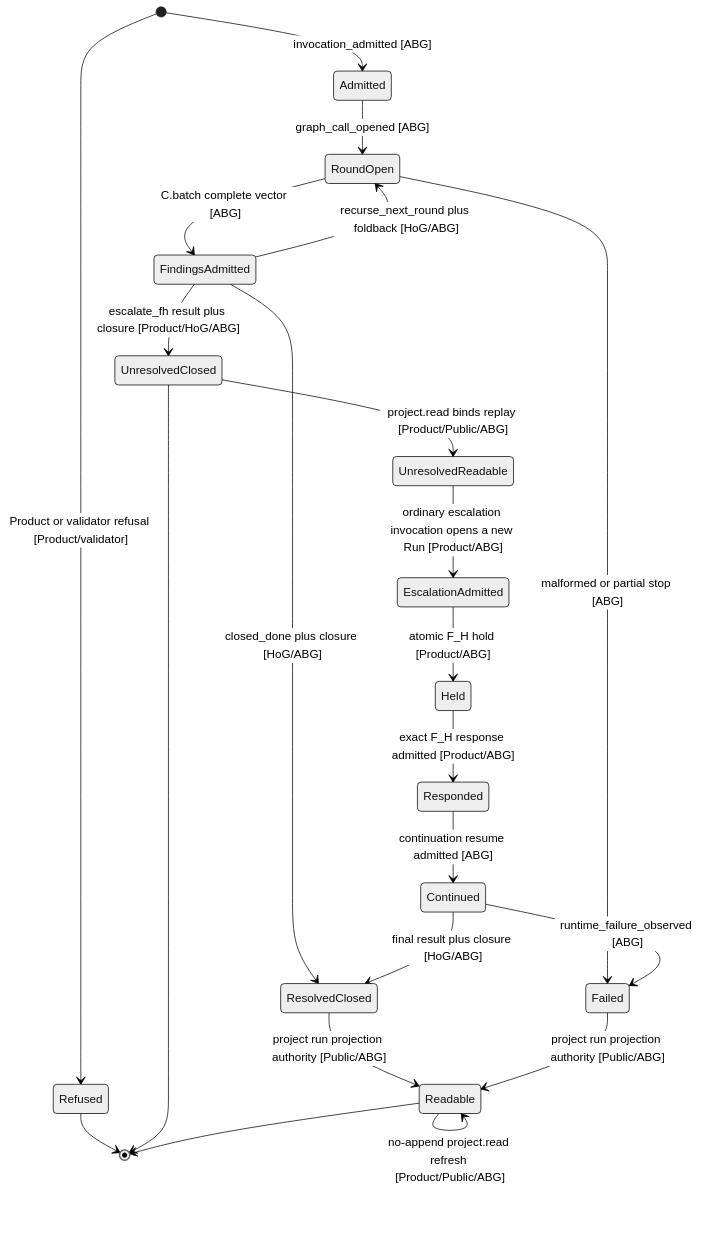
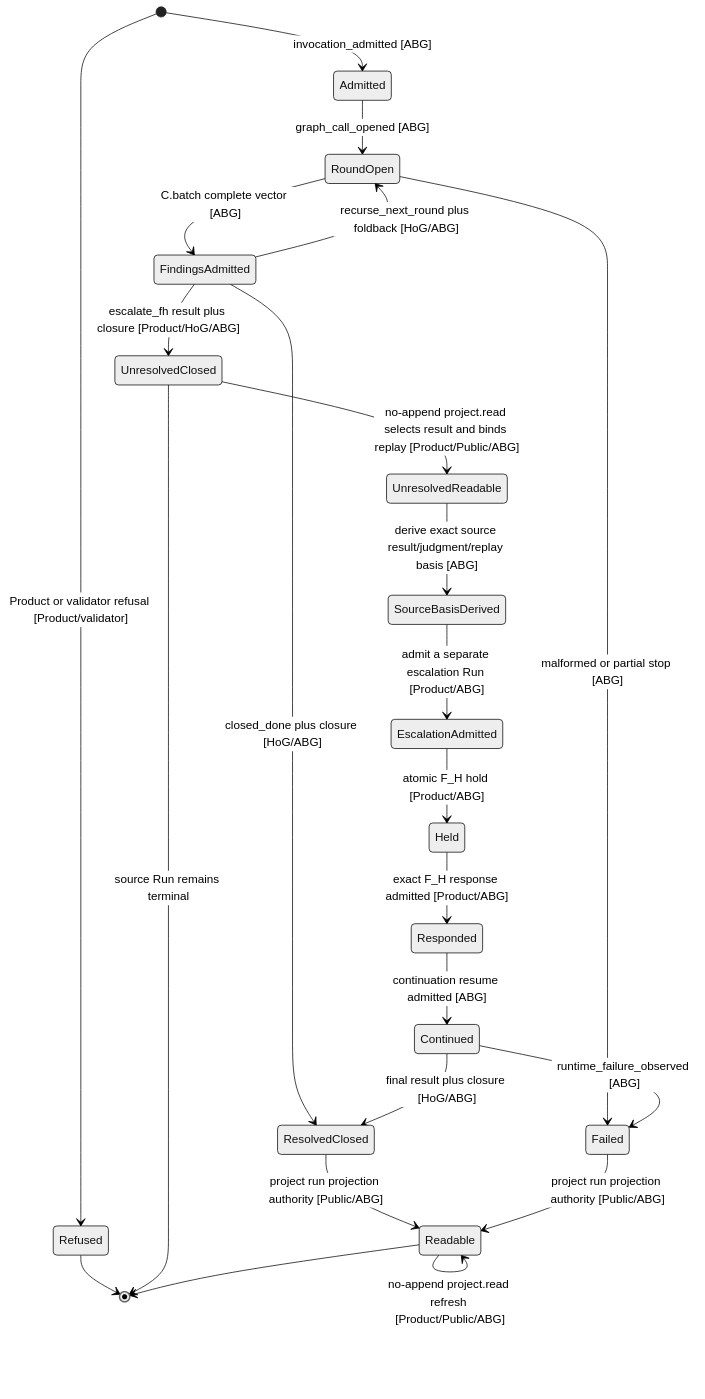
The tenth of 10 diagrams in build_tenants/abiogenesis/typescript/design/M05_DIRECT_GTL_TRAVERSAL_EXPANSION_DESIGN.md (foolishimp/abiogenesis), drawn with Mermaid (neutral theme) before and after one commit. The commit also changed other lines of this file and 18 other files, not shown here.

Commit message:
fix(m5): bind consensus escalation to admitted source truth

````diff
--- a/build_tenants/abiogenesis/typescript/design/M05_DIRECT_GTL_TRAVERSAL_EXPANSION_DESIGN.md
+++ b/build_tenants/abiogenesis/typescript/design/M05_DIRECT_GTL_TRAVERSAL_EXPANSION_DESIGN.md
@@ -2587,24 +2660,25 @@
 ```mermaid
 stateDiagram-v2
   [*] --> Refused: Product or validator refusal [Product/validator]
   [*] --> Admitted: invocation_admitted [ABG]
   Admitted --> RoundOpen: graph_call_opened [ABG]
   RoundOpen --> FindingsAdmitted: C.batch complete vector [ABG]
   RoundOpen --> Failed: malformed or partial stop [ABG]
   FindingsAdmitted --> RoundOpen: recurse_next_round plus foldback [HoG/ABG]
   FindingsAdmitted --> UnresolvedClosed: escalate_fh result plus closure [Product/HoG/ABG]
   FindingsAdmitted --> ResolvedClosed: closed_done plus closure [HoG/ABG]
-  UnresolvedClosed --> UnresolvedReadable: project.read binds replay [Product/Public/ABG]
-  UnresolvedReadable --> EscalationAdmitted: ordinary escalation invocation opens a new Run [Product/ABG]
+  UnresolvedClosed --> UnresolvedReadable: no-append project.read selects result and binds replay [Product/Public/ABG]
+  UnresolvedReadable --> SourceBasisDerived: derive exact source result/judgment/replay basis [ABG]
+  SourceBasisDerived --> EscalationAdmitted: admit a separate escalation Run [Product/ABG]
   EscalationAdmitted --> Held: atomic F_H hold [Product/ABG]
   Held --> Responded: exact F_H response admitted [Product/ABG]
   Responded --> Continued: continuation resume admitted [ABG]
   Continued --> ResolvedClosed: final result plus closure [HoG/ABG]
   Continued --> Failed: runtime_failure_observed [ABG]
   ResolvedClosed --> Readable: project run projection authority [Public/ABG]
   Failed --> Readable: project run projection authority [Public/ABG]
   Readable --> Readable: no-append project.read refresh [Product/Public/ABG]
   Refused --> [*]
-  UnresolvedClosed --> [*]
+  UnresolvedClosed --> [*]: source Run remains terminal
   Readable --> [*]
 ```
````
